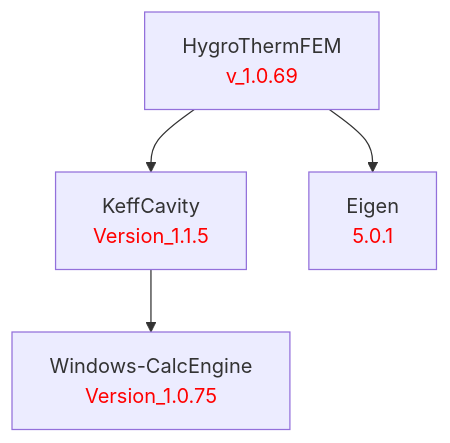
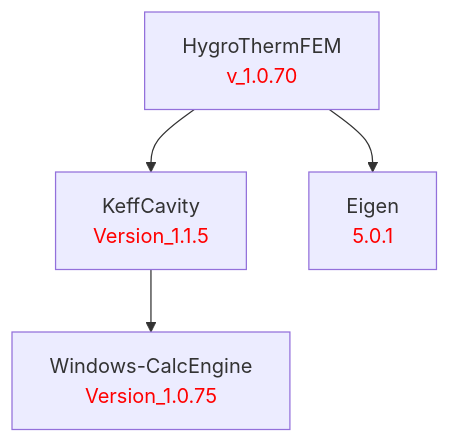
Before and after one commit to LBNL-ETA/HygroThermFEM: the diagram in doc/HygroThermFEM.md, drawn with Mermaid. The commit also changed 1 other file, not shown here.

Commit message:
Bump version to 1.0.70

````diff
--- a/doc/HygroThermFEM.md
+++ b/doc/HygroThermFEM.md
@@ -1,13 +1,13 @@
 ```mermaid
 graph TD
     %% Package definitions
-    HygroThermFEM[HygroThermFEM<br/><font color='red'>v_1.0.69</font>]
+    HygroThermFEM[HygroThermFEM<br/><font color='red'>v_1.0.70</font>]
     KeffCavity[KeffCavity<br/><font color='red'>Version_1.1.5</font>]
     Eigen[Eigen<br/><font color='red'>5.0.1</font>]
     WindowsCalcEngine[Windows-CalcEngine<br/><font color='red'>Version_1.0.75</font>]
 
     %% Package relations
     HygroThermFEM --> KeffCavity
     HygroThermFEM --> Eigen
     KeffCavity --> WindowsCalcEngine
 ```
````
